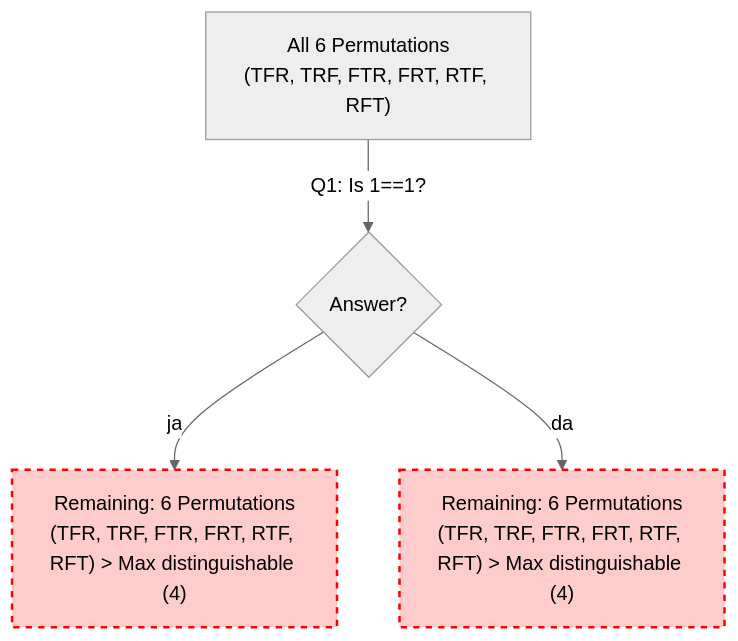
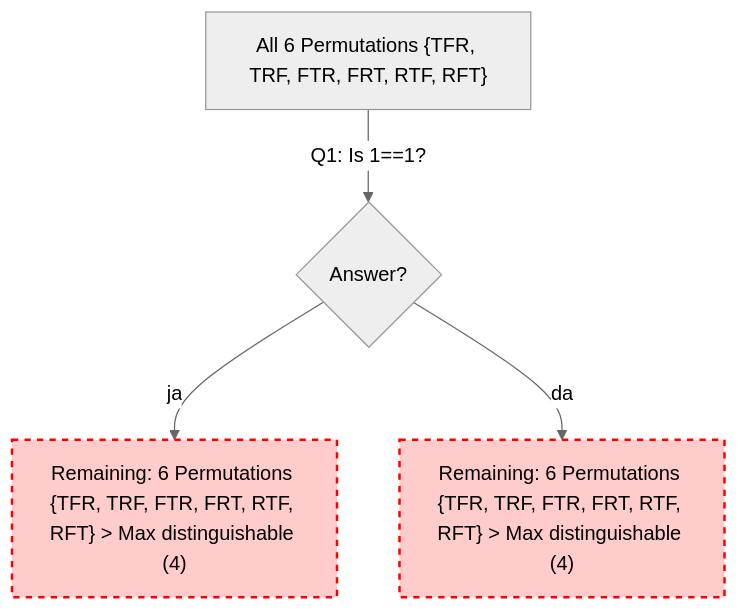
Before and after one commit to aduriseti/3gods: the second of 2 diagrams in index.md, drawn with Mermaid (neutral theme). The commit also changed other lines of this file, not shown here.

Commit message:
slight mermaid edits

````diff
--- a/index.md
+++ b/index.md
@@ -306,11 +306,11 @@
-```mermaid
+<pre class="mermaid">
 graph TD
-    Root["All 6 Permutations<br>(TFR, TRF, FTR, FRT, RTF, RFT)"]
+    Root["All 6 Permutations {TFR, TRF, FTR, FRT, RTF, RFT}"]
     Root -->|Q1: Is 1==1?| Decision{"Answer?"}
     
-    Decision -->|ja| LeftNode["Remaining: 6 Permutations<br>(TFR, TRF, FTR, FRT, RTF, RFT) &gt; Max distinguishable (4)"]
-    Decision -->|da| RightNode["Remaining: 6 Permutations<br>(TFR, TRF, FTR, FRT, RTF, RFT) &gt; Max distinguishable (4)"]
+    Decision -->|ja| LeftNode["Remaining: 6 Permutations {TFR, TRF, FTR, FRT, RTF, RFT} &gt; Max distinguishable (4)"]
+    Decision -->|da| RightNode["Remaining: 6 Permutations {TFR, TRF, FTR, FRT, RTF, RFT} &gt; Max distinguishable (4)"]
     
     classDef prune fill:#ffcccc,stroke:#f00,stroke-width:2px,stroke-dasharray: 5, 5;
     class LeftNode,RightNode prune;
-```
+</pre>
````
